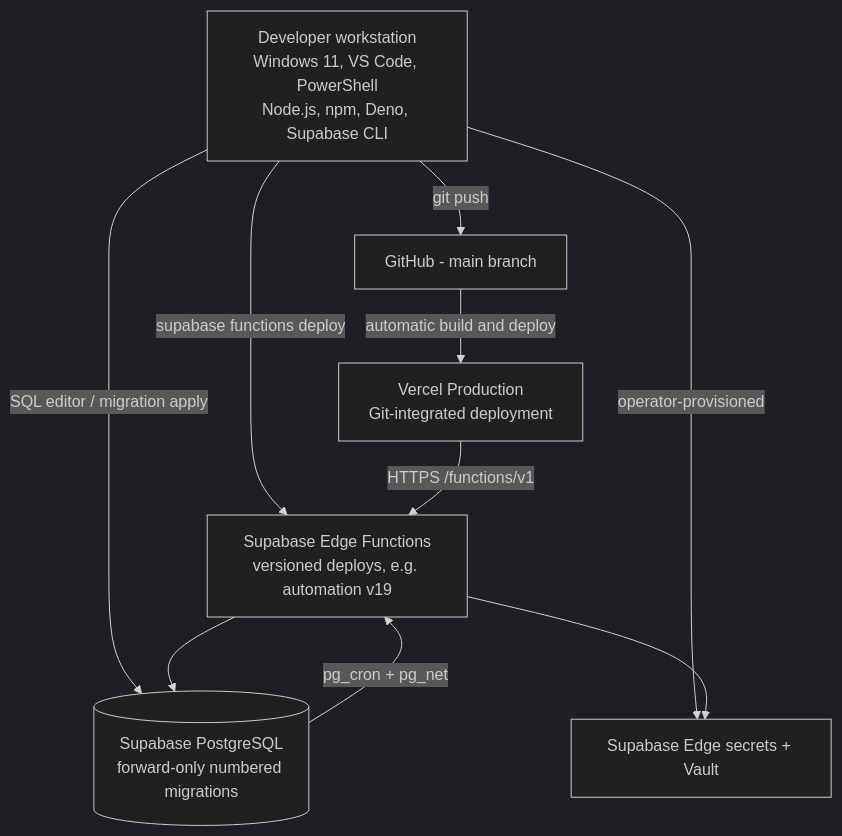
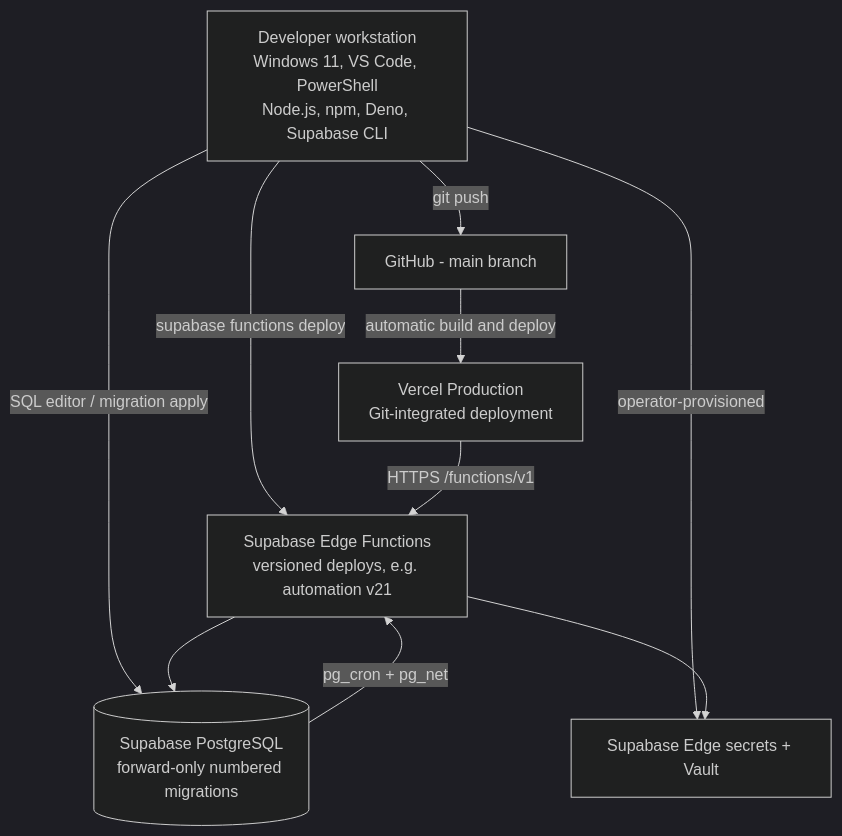
Before and after one commit to TIME-00/AI---Account-Receivable-AR-Module: the fourth of 16 diagrams in docs/system/COMPLETE_SYSTEM_OVERVIEW.md, drawn with Mermaid (dark theme). The commit also changed other lines of this file, not shown here.

````diff
--- a/docs/system/COMPLETE_SYSTEM_OVERVIEW.md
+++ b/docs/system/COMPLETE_SYSTEM_OVERVIEW.md
@@ -431,19 +432,19 @@
 ```mermaid
 flowchart TB
   DEV["Developer workstation<br/>Windows 11, VS Code, PowerShell<br/>Node.js, npm, Deno, Supabase CLI"]
   GH["GitHub - main branch"]
   VC["Vercel Production<br/>Git-integrated deployment"]
-  SBF["Supabase Edge Functions<br/>versioned deploys, e.g. automation v19"]
+  SBF["Supabase Edge Functions<br/>versioned deploys, e.g. automation v21"]
   SBD[("Supabase PostgreSQL<br/>forward-only numbered migrations")]
   SEC["Supabase Edge secrets + Vault"]
 
   DEV -->|git push| GH
   GH -->|automatic build and deploy| VC
   DEV -->|"supabase functions deploy"| SBF
   DEV -->|"SQL editor / migration apply"| SBD
   DEV -->|"operator-provisioned"| SEC
   VC -->|"HTTPS /functions/v1"| SBF
   SBF --> SBD
   SBF --> SEC
   SBD -->|pg_cron + pg_net| SBF
 ```
````
